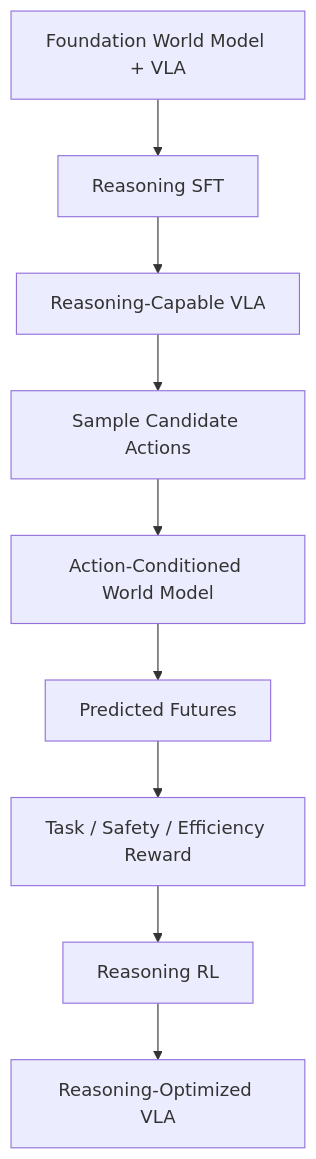
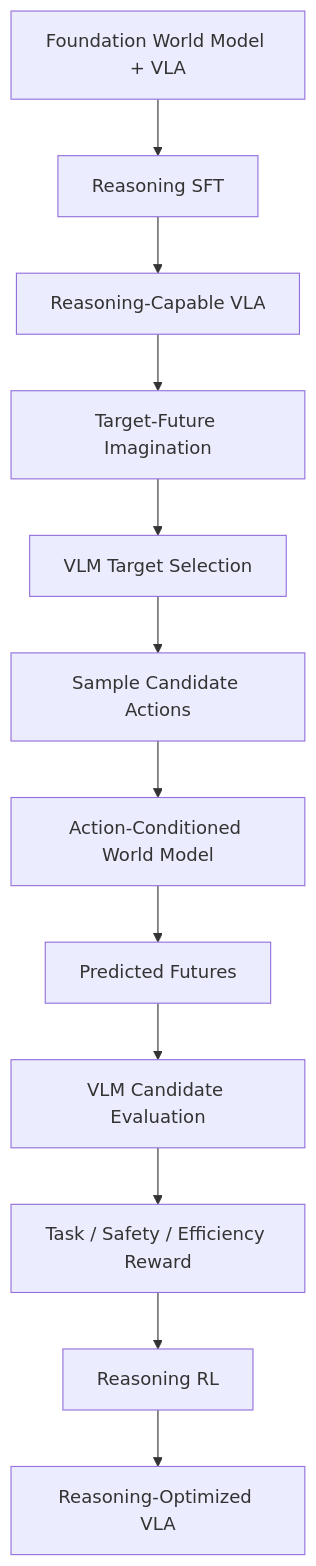
One commit to Freelunch-AI/freelunch-ide changed the fifth of 13 diagrams in docs/specs/post-demo/lunch_robotics.md. Above: the diagram before and after it, drawn with Mermaid. The commit also changed other lines of this file, not shown here.

````diff
--- a/docs/specs/post-demo/lunch_robotics.md
+++ b/docs/specs/post-demo/lunch_robotics.md
@@ -519,19 +534,25 @@
 ```mermaid
 flowchart TD
     A["Foundation World Model + VLA"]
     --> B["Reasoning SFT"]
 
     B --> C["Reasoning-Capable VLA"]
 
-    C --> D["Sample Candidate Actions"]
+    C --> D["Target-Future Imagination"]
 
-    D --> E["Action-Conditioned World Model"]
+    D --> E["VLM Target Selection"]
 
-    E --> F["Predicted Futures"]
+    E --> F["Sample Candidate Actions"]
 
-    F --> G["Task / Safety / Efficiency Reward"]
+    F --> G["Action-Conditioned World Model"]
 
-    G --> H["Reasoning RL"]
+    G --> H["Predicted Futures"]
 
-    H --> I["Reasoning-Optimized VLA"]
+    H --> I["VLM Candidate Evaluation"]
+
+    I --> J["Task / Safety / Efficiency Reward"]
+
+    J --> K["Reasoning RL"]
+
+    K --> L["Reasoning-Optimized VLA"]
 ```
````
